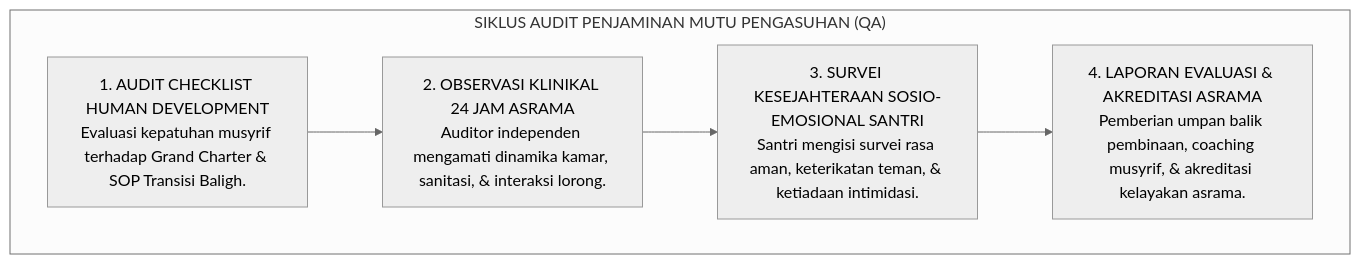
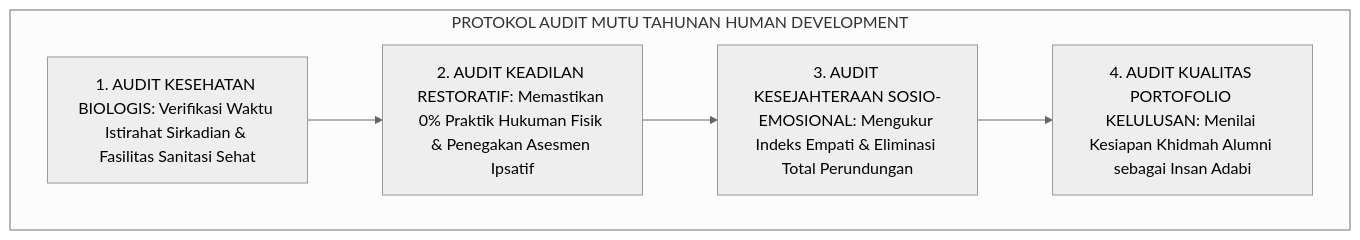
One commit to wandiapriliyandi/tumbuh changed the fourth of 4 diagrams in 01 Philosophy/03 Human Development/P1-03-07-Sintesis-Human-Development.md. Above: the diagram before and after it, drawn with Mermaid (neutral theme). The commit also changed other lines of this file and 7 other files, not shown here.

Commit message:
docs(human-development): reconstruct all 03 Human Development monographs to pure academic standard

````diff
--- a/01 Philosophy/03 Human Development/P1-03-07-Sintesis-Human-Development.md
+++ b/01 Philosophy/03 Human Development/P1-03-07-Sintesis-Human-Development.md
@@ -160,14 +181,9 @@
 ```mermaid
 flowchart TD
-    subgraph AuditHumanDevelopment["SIKLUS AUDIT PENJAMINAN MUTU PENGASUHAN (QA)"]
-        Instrumen["1. AUDIT CHECKLIST HUMAN DEVELOPMENT<br/>Evaluasi kepatuhan musyrif terhadap Grand Charter & SOP Transisi Baligh."]
-        
-        ObservasiLapangan["2. OBSERVASI KLINIKAL 24 JAM ASRAMA<br/>Auditor independen mengamati dinamika kamar, sanitasi, & interaksi lorong."]
-        
-        SurveiSantri["3. SURVEI KESEJAHTERAAN SOSIO-EMOSIONAL SANTRI<br/>Santri mengisi survei rasa aman, keterikatan teman, & ketiadaan intimidasi."]
-        
-        LaporanRekomendasi["4. LAPORAN EVALUASI & AKREDITASI ASRAMA<br/>Pemberian umpan balik pembinaan, coaching musyrif, & akreditasi kelayakan asrama."]
-        
-        Instrumen --> ObservasiLapangan --> SurveiSantri --> LaporanRekomendasi
+    subgraph AuditMutuHumanDevelopment["PROTOKOL AUDIT MUTU TAHUNAN HUMAN DEVELOPMENT"]
+        Audit1["1. AUDIT KESEHATAN BIOLOGIS: Verifikasi Waktu Istirahat Sirkadian & Fasilitas Sanitasi Sehat"]
+        --> Audit2["2. AUDIT KEADILAN RESTORATIF: Memastikan 0% Praktik Hukuman Fisik & Penegakan Asesmen Ipsatif"]
+        --> Audit3["3. AUDIT KESEJAHTERAAN SOSIO-EMOSIONAL: Mengukur Indeks Empati & Eliminasi Total Perundungan"]
+        --> Audit4["4. AUDIT KUALITAS PORTOFOLIO KELULUSAN: Menilai Kesiapan Khidmah Alumni sebagai Insan Adabi"]
     end
 ```
````
